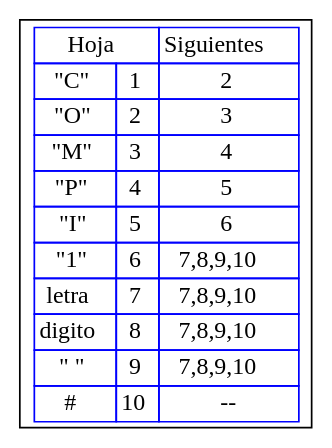
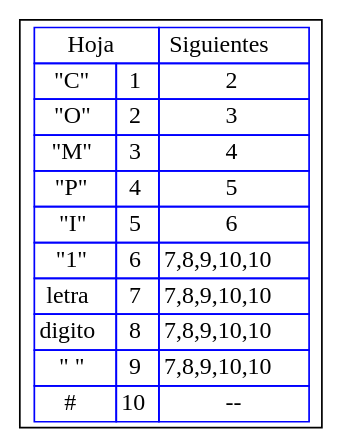
Before and after one commit to Racs0XD/-OLC1-Proyecto1_201603028: the diagram in Py1_201603028/src/SIGUIENTES_201603028/frase.dot, drawn with Graphviz. The commit also changed 60 other files, not shown here.

```diff
--- a/Py1_201603028/src/SIGUIENTES_201603028/frase.dot
+++ b/Py1_201603028/src/SIGUIENTES_201603028/frase.dot
@@ -1,31 +1,31 @@
 digraph G{
 rankdir=UD
 node[shape=box]
 concentrate=true
 nodo0 [ label =<<table border='0' cellborder='1' color='blue' cellspacing='0'>
 <tr><td colspan="2">Hoja</td><td>Siguientes</td></tr>
 
 <tr><td>"C"</td><td>1</td><td>2</td></tr>
 
 <tr><td>"O"</td><td>2</td><td>3</td></tr>
 
 <tr><td>"M"</td><td>3</td><td>4</td></tr>
 
 <tr><td>"P"</td><td>4</td><td>5</td></tr>
 
 <tr><td>"I"</td><td>5</td><td>6</td></tr>
 
-<tr><td>"1"</td><td>6</td><td>7,8,9,10</td></tr>
+<tr><td>"1"</td><td>6</td><td>7,8,9,10,10</td></tr>
 
-<tr><td>letra</td><td>7</td><td>7,8,9,10</td></tr>
+<tr><td>letra</td><td>7</td><td>7,8,9,10,10</td></tr>
 
-<tr><td>digito</td><td>8</td><td>7,8,9,10</td></tr>
+<tr><td>digito</td><td>8</td><td>7,8,9,10,10</td></tr>
 
-<tr><td>" "</td><td>9</td><td>7,8,9,10</td></tr>
+<tr><td>" "</td><td>9</td><td>7,8,9,10,10</td></tr>
 
 <tr><td>#</td><td>10</td><td>--</td></tr>
 
 </table>
 >];
 
 }
```
